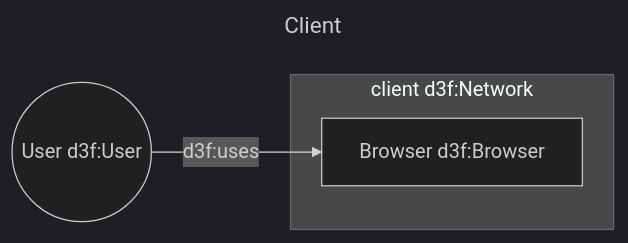
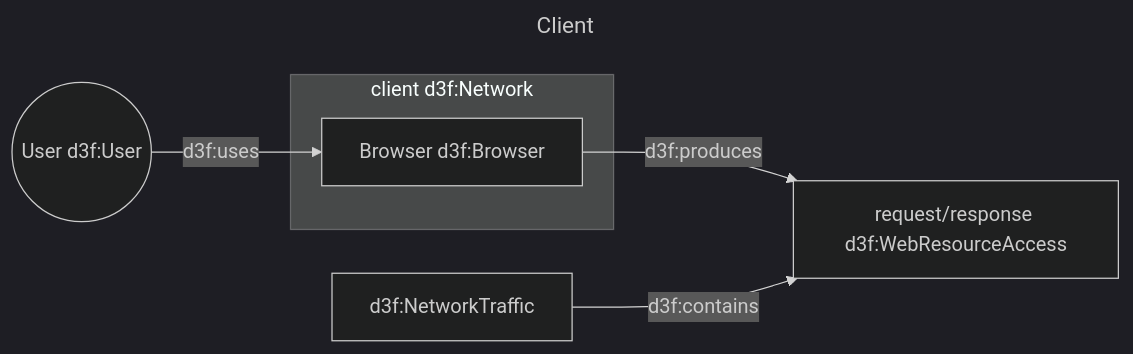
One commit to ioggstream/d3sign changed the first of 6 diagrams in app/src/data/examples/002-webapp.md. Above: the diagram before and after it, drawn with Mermaid (dark theme). The commit also changed other lines of this file and 22 other files, not shown here.

````diff
--- a/app/src/data/examples/002-webapp.md
+++ b/app/src/data/examples/002-webapp.md
@@ -8,14 +8,19 @@
 ```mermaid
 ---
 id: client
 title: Client
 ---
 graph LR
 
 u((User d3f:User))
 
 subgraph client[client d3f:Network]
 b[Browser d3f:Browser]
 end
 u -->|d3f:uses| b
+b -->|d3f:produces| request
+request[request/response d3f:WebResourceAccess]
+
+traffic[d3f:NetworkTraffic]
+traffic -->|d3f:contains| request
 ```
````
